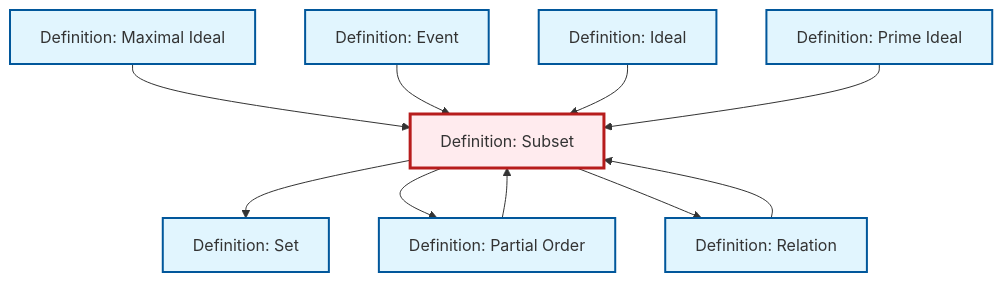
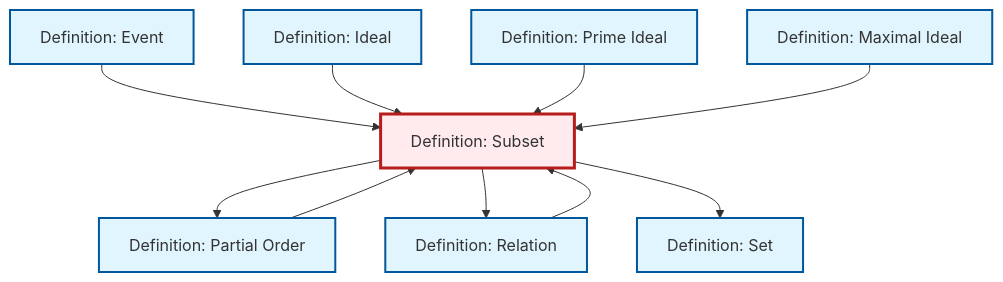
One commit to RK0429/ModernMath changed the diagram in content/en/logic-set-theory/def-subset.qmd. Above: the diagram before and after it, drawn with Mermaid. The commit also changed other lines of this file and 1069 other files, not shown here.

````diff
--- a/content/en/logic-set-theory/def-subset.qmd
+++ b/content/en/logic-set-theory/def-subset.qmd
@@ -51,34 +51,34 @@
 ```{mermaid}
 %%| fig-cap: "Local dependency graph"
 graph TD
     classDef definition fill:#e1f5fe,stroke:#01579b,stroke-width:2px
     classDef theorem fill:#f3e5f5,stroke:#4a148c,stroke-width:2px
     classDef axiom fill:#fff3e0,stroke:#e65100,stroke-width:2px
     classDef example fill:#e8f5e9,stroke:#1b5e20,stroke-width:2px
     classDef current fill:#ffebee,stroke:#b71c1c,stroke-width:3px
     def-set["Definition: Set"]:::definition
     def-maximal-ideal["Definition: Maximal Ideal"]:::definition
-    def-event["Definition: Event"]:::definition
     def-prime-ideal["Definition: Prime Ideal"]:::definition
-    def-subset["Definition: Subset"]:::definition
     def-relation["Definition: Relation"]:::definition
     def-ideal["Definition: Ideal"]:::definition
+    def-event["Definition: Event"]:::definition
     def-partial-order["Definition: Partial Order"]:::definition
-    def-maximal-ideal --> def-subset
+    def-subset["Definition: Subset"]:::definition
+    def-subset --> def-partial-order
+    def-subset --> def-relation
     def-subset --> def-set
     def-event --> def-subset
     def-ideal --> def-subset
+    def-prime-ideal --> def-subset
     def-partial-order --> def-subset
     def-relation --> def-subset
-    def-subset --> def-partial-order
-    def-subset --> def-relation
-    def-prime-ideal --> def-subset
+    def-maximal-ideal --> def-subset
     class def-subset current
     click def-set "def-set.html" "Go to Set definition"
     click def-maximal-ideal "def-maximal-ideal.html" "Go to Maximal Ideal definition"
-    click def-event "def-event.html" "Go to Event definition"
     click def-prime-ideal "def-prime-ideal.html" "Go to Prime Ideal definition"
     click def-relation "def-relation.html" "Go to Relation definition"
     click def-ideal "def-ideal.html" "Go to Ideal definition"
+    click def-event "def-event.html" "Go to Event definition"
     click def-partial-order "def-partial-order.html" "Go to Partial Order definition"
 ```
````
